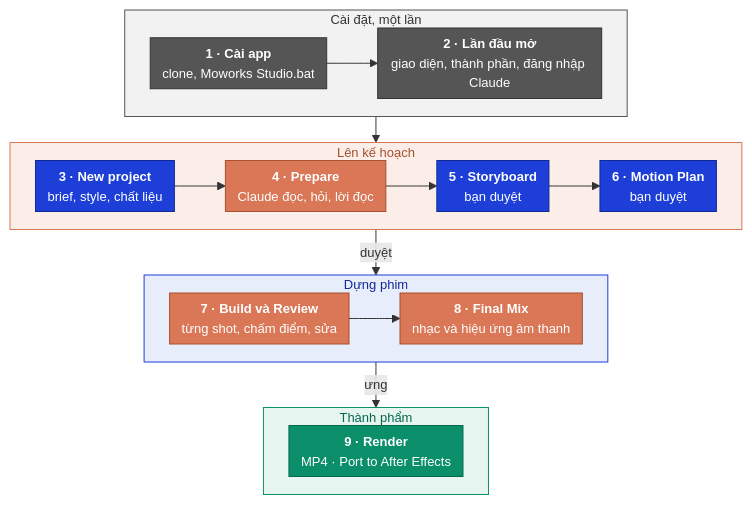
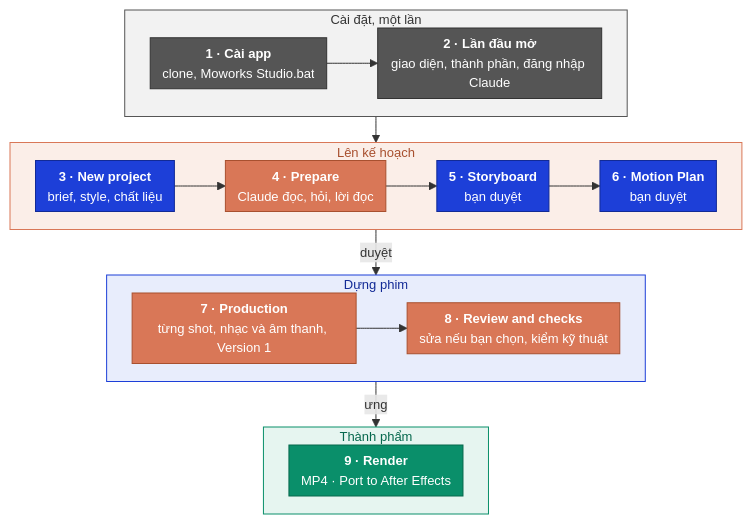
The diagram in docs/images/diagram-workflow.vi.mmd (moworksstudio/moworks-studio), drawn with Mermaid before and after one commit. The commit also changed 6 other files, not shown here.

```diff
--- a/docs/images/diagram-workflow.vi.mmd
+++ b/docs/images/diagram-workflow.vi.mmd
@@ -1,32 +1,32 @@
 %%{init: {"themeVariables": {"fontSize": "13px"}, "flowchart": {"nodeSpacing": 16, "rankSpacing": 26, "padding": 6}}}%%
 flowchart TB
     subgraph P1["Cài đặt, một lần"]
         direction LR
         S1["<b>1 · Cài app</b><br/>clone, Moworks Studio.bat"] --> S2["<b>2 · Lần đầu mở</b><br/>giao diện, thành phần, đăng nhập Claude"]
     end
     subgraph P2["Lên kế hoạch"]
         direction LR
         S3["<b>3 · New project</b><br/>brief, style, chất liệu"] --> S4["<b>4 · Prepare</b><br/>Claude đọc, hỏi, lời đọc"] --> S5["<b>5 · Storyboard</b><br/>bạn duyệt"] --> S6["<b>6 · Motion Plan</b><br/>bạn duyệt"]
     end
     subgraph P3["Dựng phim"]
         direction LR
-        S7["<b>7 · Build và Review</b><br/>từng shot, chấm điểm, sửa"] --> S8["<b>8 · Final Mix</b><br/>nhạc và hiệu ứng âm thanh"]
+        S7["<b>7 · Production</b><br/>từng shot, nhạc và âm thanh, Version 1"] --> S8["<b>8 · Review and checks</b><br/>sửa nếu bạn chọn, kiểm kỹ thuật"]
     end
     subgraph P4["Thành phẩm"]
         direction LR
         S9["<b>9 · Render</b><br/>MP4 · Port to After Effects"]
     end
     P1 --> P2 -- "duyệt" --> P3 -- "ưng" --> P4
 
     classDef setup fill:#555555,stroke:#333333,color:#ffffff
     classDef claude fill:#d97757,stroke:#a8502f,color:#ffffff
     classDef user fill:#1d3fd8,stroke:#122a96,color:#ffffff
     classDef out fill:#0a8f6a,stroke:#06684d,color:#ffffff
     class S1,S2 setup
     class S4,S7,S8 claude
     class S3,S5,S6 user
     class S9 out
     style P1 fill:#f2f2f2,stroke:#555555,color:#333333
     style P2 fill:#fbeee8,stroke:#d97757,color:#a8502f
     style P3 fill:#e8edfc,stroke:#1d3fd8,color:#122a96
     style P4 fill:#e6f5f0,stroke:#0a8f6a,color:#06684d
```
